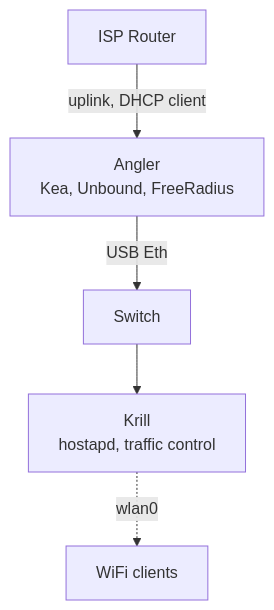
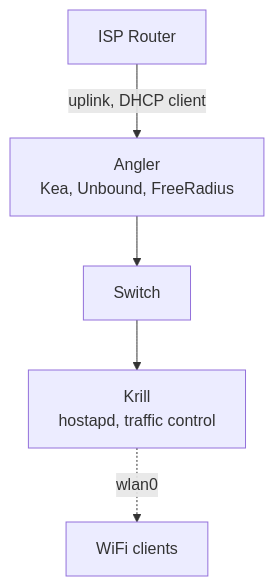
The diagram in README.md (miguelpernudo/archipelago), drawn with Mermaid before and after one commit. The commit also changed other lines of this file, not shown here.

````diff
--- a/README.md
+++ b/README.md
@@ -9,7 +8,7 @@
 ```mermaid
 graph TD
     ISP[ISP Router] -->|uplink, DHCP client| Angler[Angler\nKea, Unbound, FreeRadius]
-    Angler -->|USB Eth| SWITCH[Switch]
+    Angler --> SWITCH[Switch]
     SWITCH --> Krill[Krill\nhostapd, traffic control]
     Krill -.->|wlan0| CLIENTS[WiFi clients]
 ```
````
